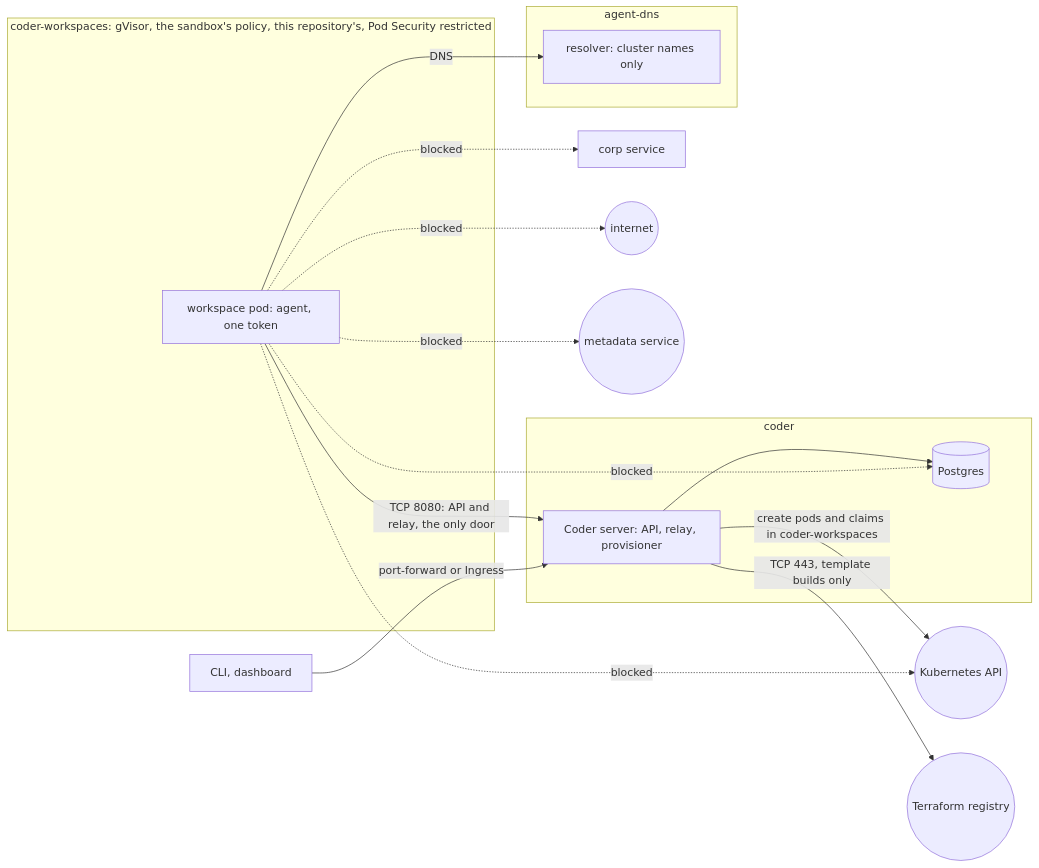
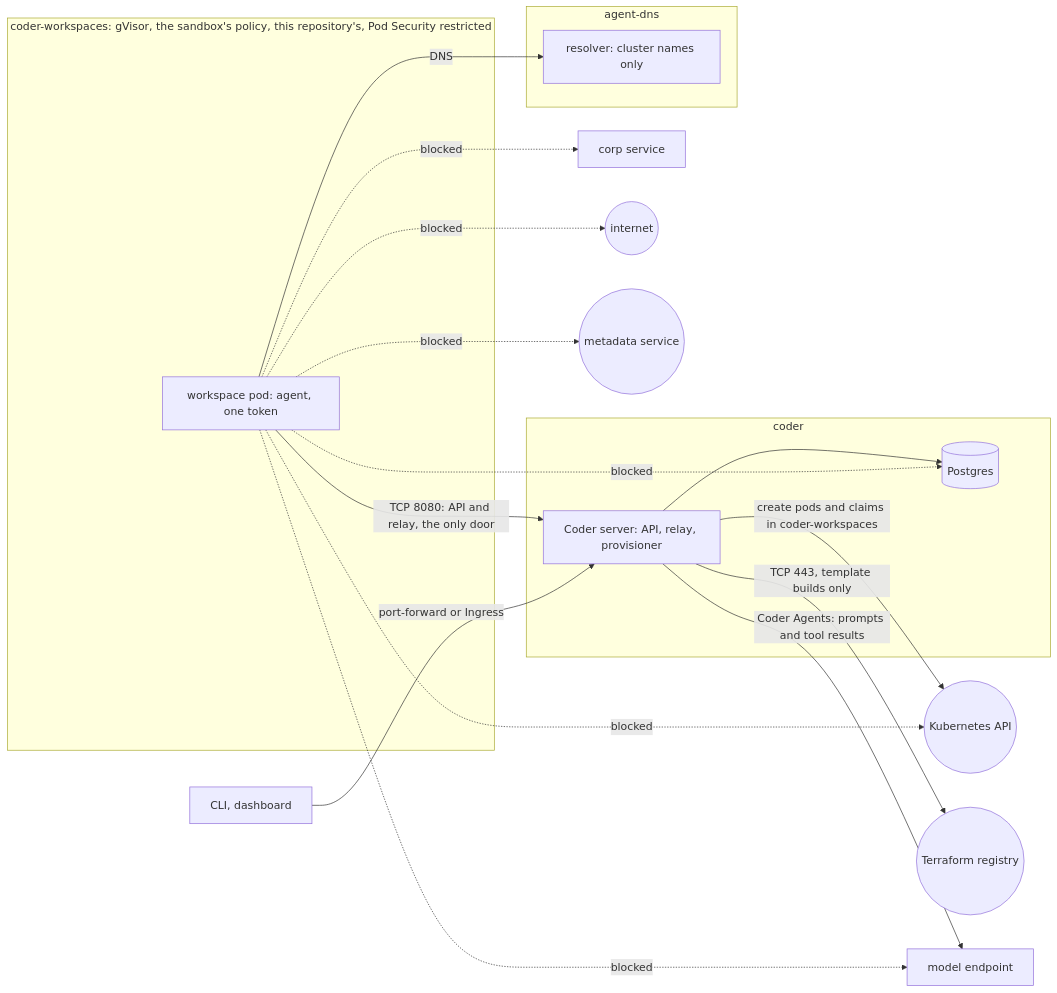
One commit to heyvaldemar/kubernetes-coder-agent-workspaces changed the diagram in README.md. Above: the diagram before and after it, drawn with Mermaid. The commit also changed other lines of this file and 14 other files, not shown here.

````diff
--- a/README.md
+++ b/README.md
@@ -86,24 +104,26 @@
 ```mermaid
 flowchart LR
   subgraph ws[coder-workspaces: gVisor, the sandbox's policy, this repository's, Pod Security restricted]
     pod[workspace pod: agent, one token]
   end
   subgraph coder[coder]
     server[Coder server: API, relay, provisioner]
     pg[(Postgres)]
   end
   subgraph dns[agent-dns]
     resolver[resolver: cluster names only]
   end
   pod -->|TCP 8080: API and relay, the only door| server
   pod -->|DNS| resolver
   server --> pg
   server -->|create pods and claims in coder-workspaces| api((Kubernetes API))
   server -->|TCP 443, template builds only| registry((Terraform registry))
+  server -->|Coder Agents: prompts and tool results| model[model endpoint]
+  pod -.->|blocked| model
   pod -.->|blocked| api
   pod -.->|blocked| pg
   pod -.->|blocked| corp[corp service]
   pod -.->|blocked| internet((internet))
   pod -.->|blocked| imds((metadata service))
   cli[CLI, dashboard] -->|port-forward or Ingress| server
 ```
````
